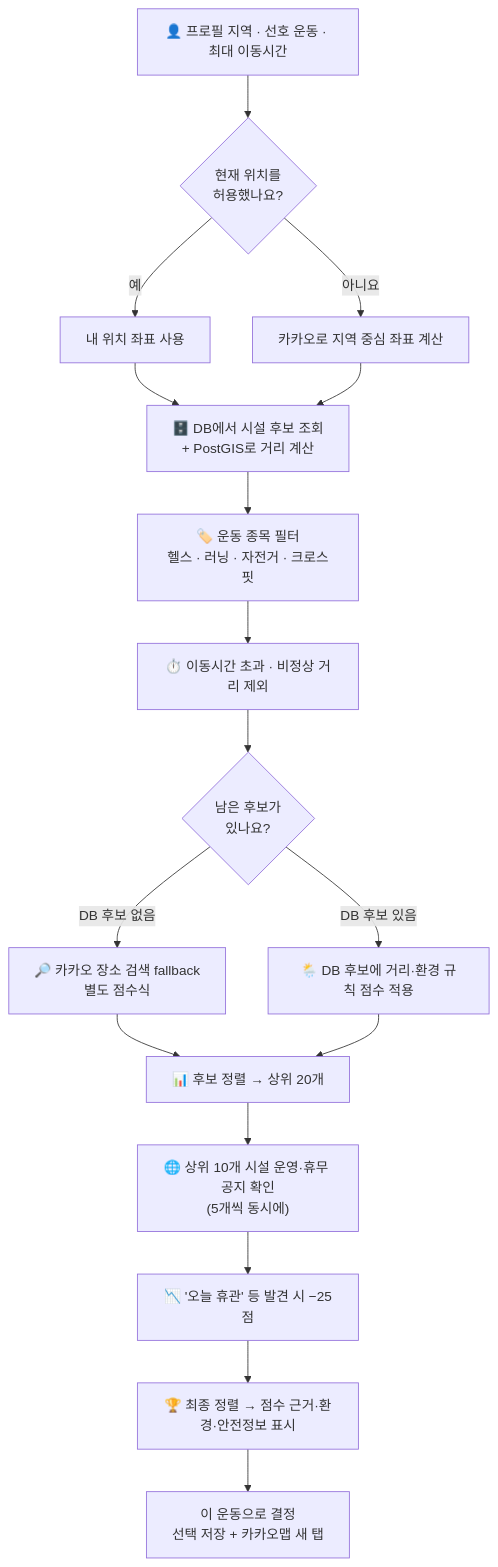
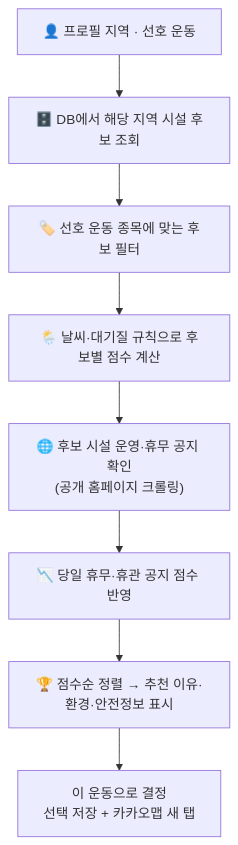
One commit to encore-ai-campus/mlo-02-p1-team3 changed the first of 12 diagrams in README.md. Above: the diagram before and after it, drawn with Mermaid.

Commit message:
docs: update recommendation flow diagram

````diff
--- a/README.md
+++ b/README.md
@@ -370,19 +370,10 @@
 ```mermaid
 flowchart TD
-    A["👤 프로필 지역 · 선호 운동 · 최대 이동시간"] --> B{"현재 위치를<br/>허용했나요?"}
-    B -->|"예"| C["내 위치 좌표 사용"]
-    B -->|"아니요"| D["카카오로 지역 중심 좌표 계산"]
-    C --> E["🗄️ DB에서 시설 후보 조회<br/>+ PostGIS로 거리 계산"]
-    D --> E
-    E --> F["🏷️ 운동 종목 필터<br/>헬스 · 러닝 · 자전거 · 크로스핏"]
-    F --> G["⏱️ 이동시간 초과 · 비정상 거리 제외"]
-    G --> H{"남은 후보가<br/>있나요?"}
-    H -->|"DB 후보 있음"| J["🌦️ DB 후보에 거리·환경 규칙 점수 적용"]
-    H -->|"DB 후보 없음"| I["🔎 카카오 장소 검색 fallback<br/>별도 점수식"]
-    I --> K["📊 후보 정렬 → 상위 20개"]
-    J --> K
-    K --> L["🌐 상위 10개 시설 운영·휴무 공지 확인<br/>(5개씩 동시에)"]
-    L --> M["📉 '오늘 휴관' 등 발견 시 −25점"]
-    M --> N["🏆 최종 정렬 → 점수 근거·환경·안전정보 표시"]
-    N --> O["이 운동으로 결정<br/>선택 저장 + 카카오맵 새 탭"]
+    A["👤 프로필 지역 · 선호 운동"] --> B["🗄️ DB에서 해당 지역 시설 후보 조회"]
+    B --> C["🏷️ 선호 운동 종목에 맞는 후보 필터"]
+    C --> D["🌦️ 날씨·대기질 규칙으로 후보별 점수 계산"]
+    D --> E["🌐 후보 시설 운영·휴무 공지 확인<br/>(공개 홈페이지 크롤링)"]
+    E --> F["📉 당일 휴무·휴관 공지 점수 반영"]
+    F --> G["🏆 점수순 정렬 → 추천 이유·환경·안전정보 표시"]
+    G --> H["이 운동으로 결정<br/>선택 저장 + 카카오맵 새 탭"]
 ```
````
